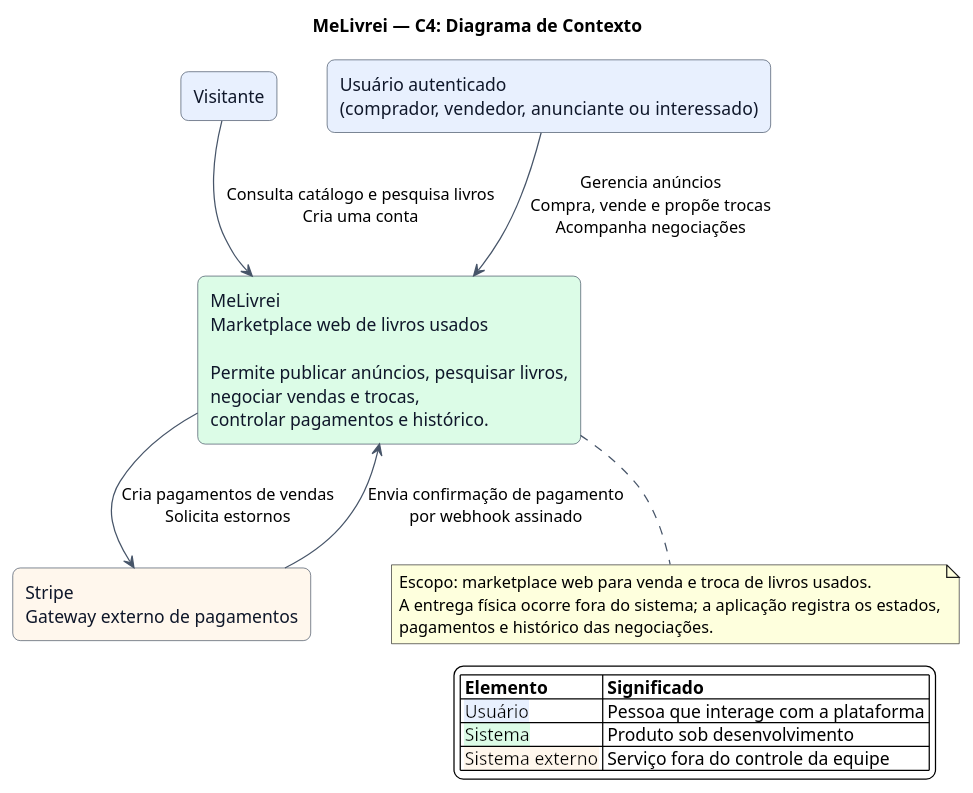
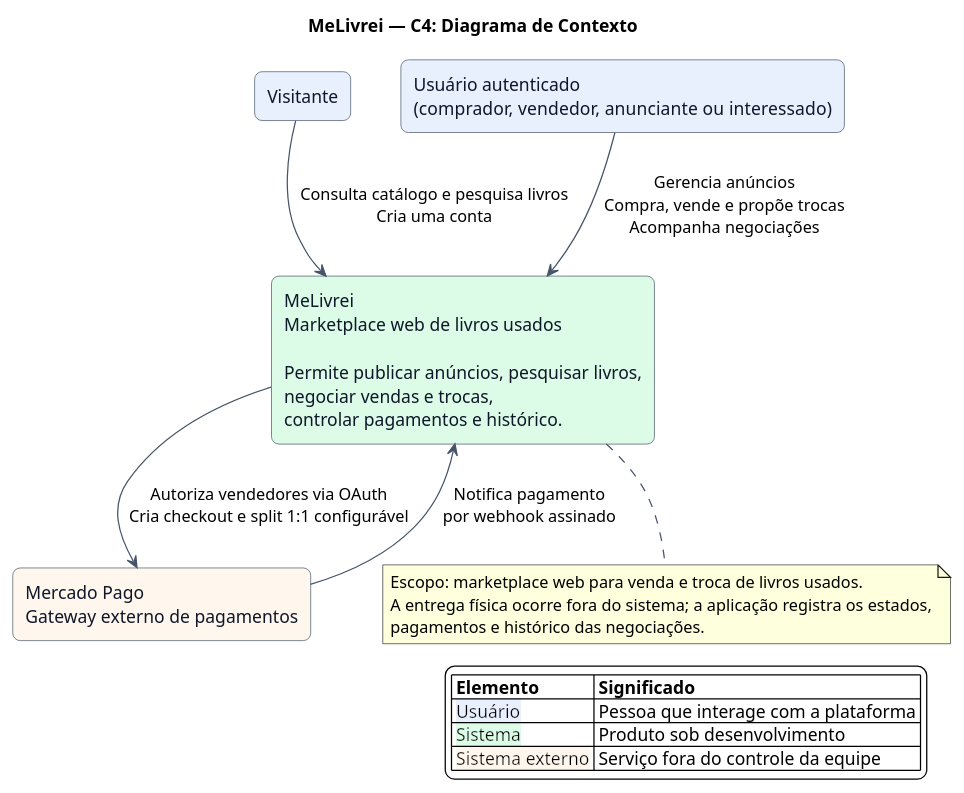
Before and after one commit to BuysCode/melivrei: the diagram in docs/arquitetura/c4-contexto.puml, drawn with PlantUML. The commit also changed 39 other files, not shown here.

First line of the commit message:
feat(payments): migrate to Mercado Pago and add preview checkout

```diff
--- a/docs/arquitetura/c4-contexto.puml
+++ b/docs/arquitetura/c4-contexto.puml
@@ -1,40 +1,40 @@
 @startuml c4-contexto
 
 title MeLivrei — C4: Diagrama de Contexto
 
 skinparam backgroundColor #FFFFFF
 skinparam shadowing false
 skinparam defaultFontName Arial
 skinparam ArrowColor #475569
 skinparam rectangle {
     BorderColor #334155
     FontColor #0F172A
     RoundCorner 12
 }
 
 rectangle "Visitante" as visitante #E8F0FE
 rectangle "Usuário autenticado\n(comprador, vendedor, anunciante ou interessado)" as usuario #E8F0FE
 
 rectangle "MeLivrei\nMarketplace web de livros usados\n\nPermite publicar anúncios, pesquisar livros,\nnegociar vendas e trocas,\ncontrolar pagamentos e histórico." as sistema #DCFCE7
 
-rectangle "Stripe\nGateway externo de pagamentos" as stripe #FFF7ED
+rectangle "Mercado Pago\nGateway externo de pagamentos" as mercadoPago #FFF7ED
 
 visitante --> sistema : Consulta catálogo e pesquisa livros\nCria uma conta
 usuario --> sistema : Gerencia anúncios\nCompra, vende e propõe trocas\nAcompanha negociações
-sistema --> stripe : Cria pagamentos de vendas\nSolicita estornos
-stripe --> sistema : Envia confirmação de pagamento\npor webhook assinado
+sistema --> mercadoPago : Autoriza vendedores via OAuth\nCria checkout e split 1:1 configurável
+mercadoPago --> sistema : Notifica pagamento\npor webhook assinado
 
 legend right
     |= Elemento |= Significado |
     | <back:#E8F0FE>Usuário</back> | Pessoa que interage com a plataforma |
     | <back:#DCFCE7>Sistema</back> | Produto sob desenvolvimento |
     | <back:#FFF7ED>Sistema externo</back> | Serviço fora do controle da equipe |
 endlegend
 
 note bottom of sistema
     Escopo: marketplace web para venda e troca de livros usados.
     A entrega física ocorre fora do sistema; a aplicação registra os estados,
     pagamentos e histórico das negociações.
 end note
 
 @enduml
```
